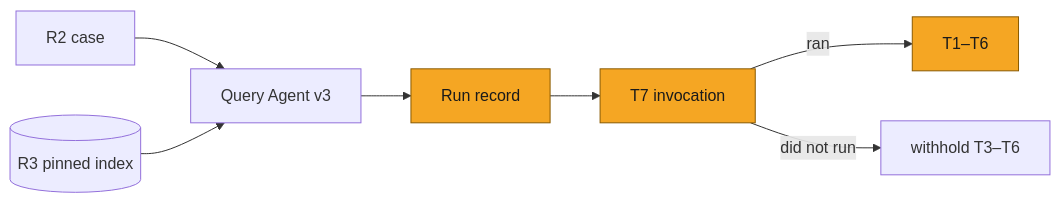
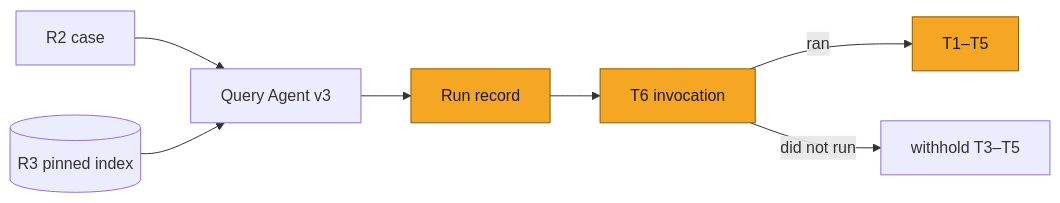
The first of 6 diagrams in plans/SOL-3155-claim-retrieval-evals.md (Solstice-Health/engineering-specs), drawn with Mermaid before and after one commit. The commit also changed other lines of this file, not shown here.

````diff
--- a/plans/SOL-3155-claim-retrieval-evals.md
+++ b/plans/SOL-3155-claim-retrieval-evals.md
@@ -85,10 +102,10 @@
 ```mermaid
 flowchart LR
     classDef delta fill:#F5A623,stroke:#8A5A00,color:#1A1A1A
     Case["R2 case"] --> V3["Query Agent v3"]
     R3[("R3 pinned index")] --> V3
     V3 --> Rec["Run record"]:::delta
-    Rec --> T7["T7 invocation"]:::delta
-    T7 -->|"ran"| Rest["T1–T6"]:::delta
-    T7 -->|"did not run"| Stop["withhold T3–T6"]
+    Rec --> T6["T6 invocation"]:::delta
+    T6 -->|"ran"| Rest["T1–T5"]:::delta
+    T6 -->|"did not run"| Stop["withhold T3–T5"]
 ```
````
